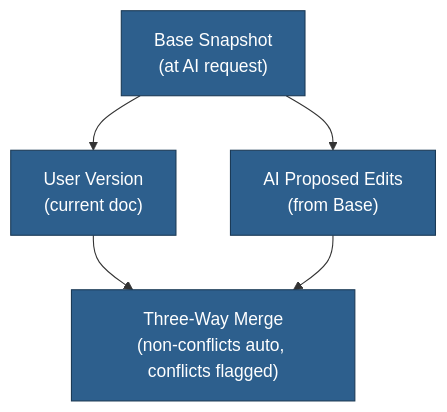
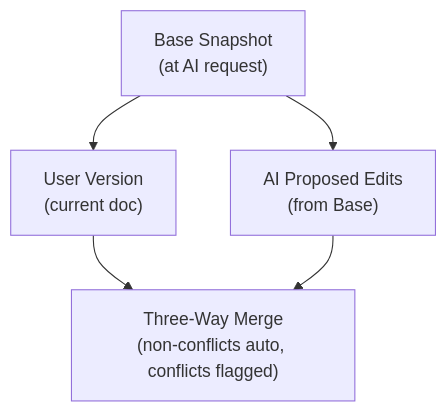
One commit to haowjy/meridian-flow changed the first of 3 diagrams in _docs/future/ideas/ai-behaviors/ai-suggestions.md. Above: the diagram before and after it, drawn with Mermaid. The commit also changed other lines of this file and 46 other files, not shown here.

````diff
--- a/_docs/future/ideas/ai-behaviors/ai-suggestions.md
+++ b/_docs/future/ideas/ai-behaviors/ai-suggestions.md
@@ -19,15 +19,14 @@
 ```mermaid
 flowchart TB
   Base["Base Snapshot\n(at AI request)"]
   User["User Version\n(current doc)"]
   AI["AI Proposed Edits\n(from Base)"]
   Merge["Three‑Way Merge\n(non‑conflicts auto, conflicts flagged)"]
 
   Base --> User
   Base --> AI
   User --> Merge
   AI --> Merge
 
-  classDef node fill:#2d5f8d,stroke:#1b3a56,color:#fff
   class Base,User,AI,Merge node
 ```
````
